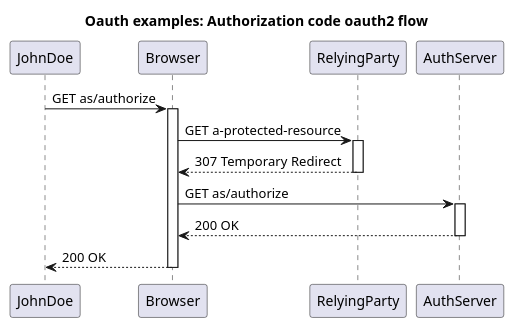
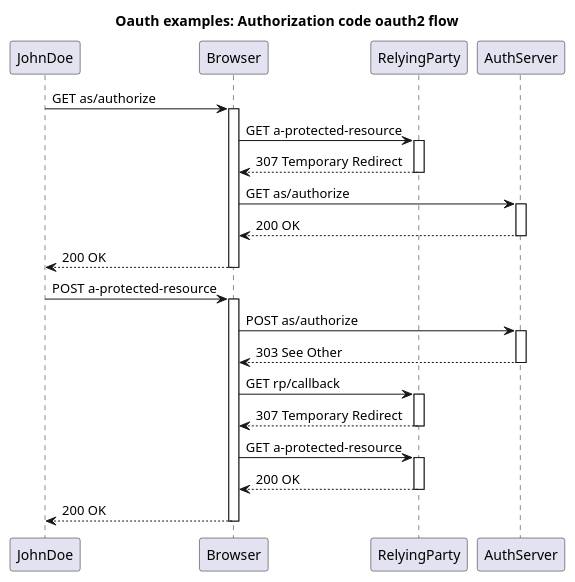
Before and after one commit to http4k/http4k-diagram-examples: the diagram in sequence-diagrams/.generated/diagrams/Oauth examples: Authorization code oauth2 flow - Sequence.puml, drawn with PlantUML. The commit also changed 2 other files, not shown here.

Commit message:
Full flow (wrong requests at actor level)

```diff
--- a/sequence-diagrams/.generated/diagrams/Oauth examples: Authorization code oauth2 flow - Sequence.puml
+++ b/sequence-diagrams/.generated/diagrams/Oauth examples: Authorization code oauth2 flow - Sequence.puml
@@ -1,21 +1,40 @@
 @startuml
 title Oauth examples: Authorization code oauth2 flow
 participant JohnDoe
 participant Browser
 participant RelyingParty
 participant AuthServer
 JohnDoe -> Browser: GET as/authorize 
 activate Browser
 Browser -> RelyingParty: GET a-protected-resource 
 activate RelyingParty
 
 RelyingParty --> Browser: 307 Temporary Redirect
 deactivate RelyingParty
 Browser -> AuthServer: GET as/authorize 
 activate AuthServer
 
 AuthServer --> Browser: 200 OK
 deactivate AuthServer
 Browser --> JohnDoe: 200 OK
 deactivate Browser
+JohnDoe -> Browser: POST a-protected-resource 
+activate Browser
+Browser -> AuthServer: POST as/authorize 
+activate AuthServer
+
+AuthServer --> Browser: 303 See Other
+deactivate AuthServer
+Browser -> RelyingParty: GET rp/callback 
+activate RelyingParty
+
+RelyingParty --> Browser: 307 Temporary Redirect
+deactivate RelyingParty
+Browser -> RelyingParty: GET a-protected-resource 
+activate RelyingParty
+
+RelyingParty --> Browser: 200 OK
+deactivate RelyingParty
+Browser --> JohnDoe: 200 OK
+deactivate Browser
     @enduml
```
